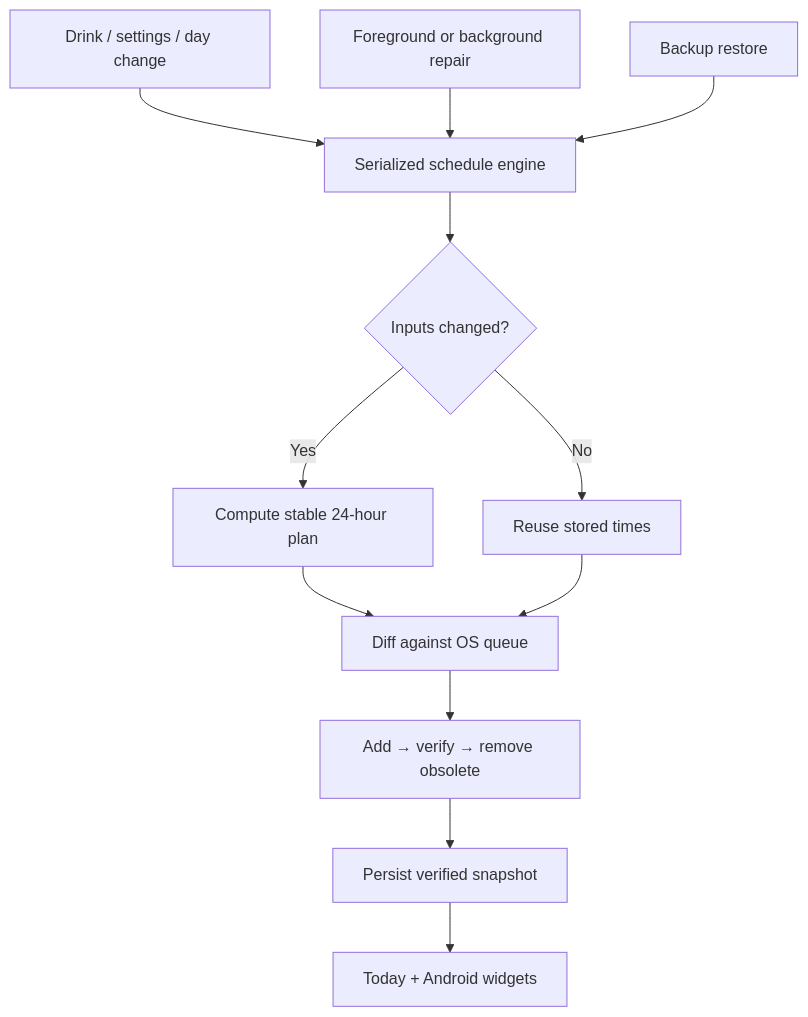
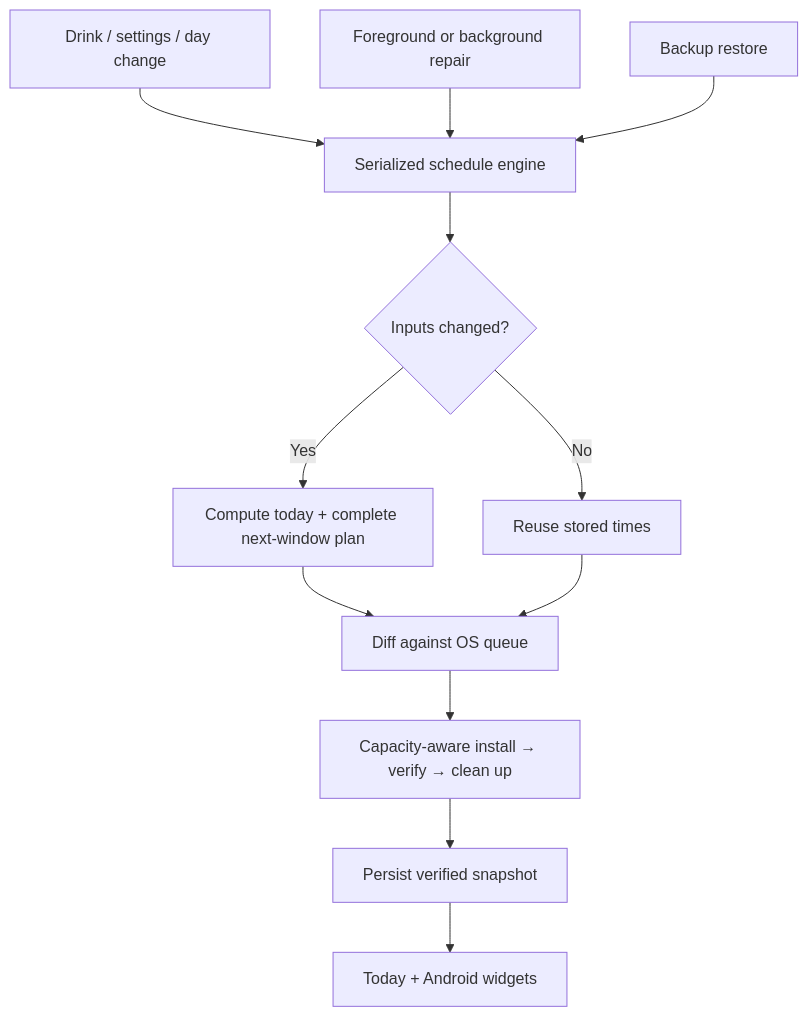
Before and after one commit to Yourstruggle11/Siply: the diagram in README.md, drawn with Mermaid. The commit also changed other lines of this file and 21 other files, not shown here.

````diff
--- a/README.md
+++ b/README.md
@@ -34,14 +34,14 @@
 ```mermaid
 flowchart TD
     A["Drink / settings / day change"] --> E["Serialized schedule engine"]
     B["Foreground or background repair"] --> E
     C["Backup restore"] --> E
     E --> D{"Inputs changed?"}
-    D -->|Yes| F["Compute stable 24-hour plan"]
+    D -->|Yes| F["Compute today + complete next-window plan"]
     D -->|No| G["Reuse stored times"]
     F --> H["Diff against OS queue"]
     G --> H
-    H --> I["Add → verify → remove obsolete"]
+    H --> I["Capacity-aware install → verify → clean up"]
     I --> J["Persist verified snapshot"]
     J --> K["Today + Android widgets"]
 ```
````
